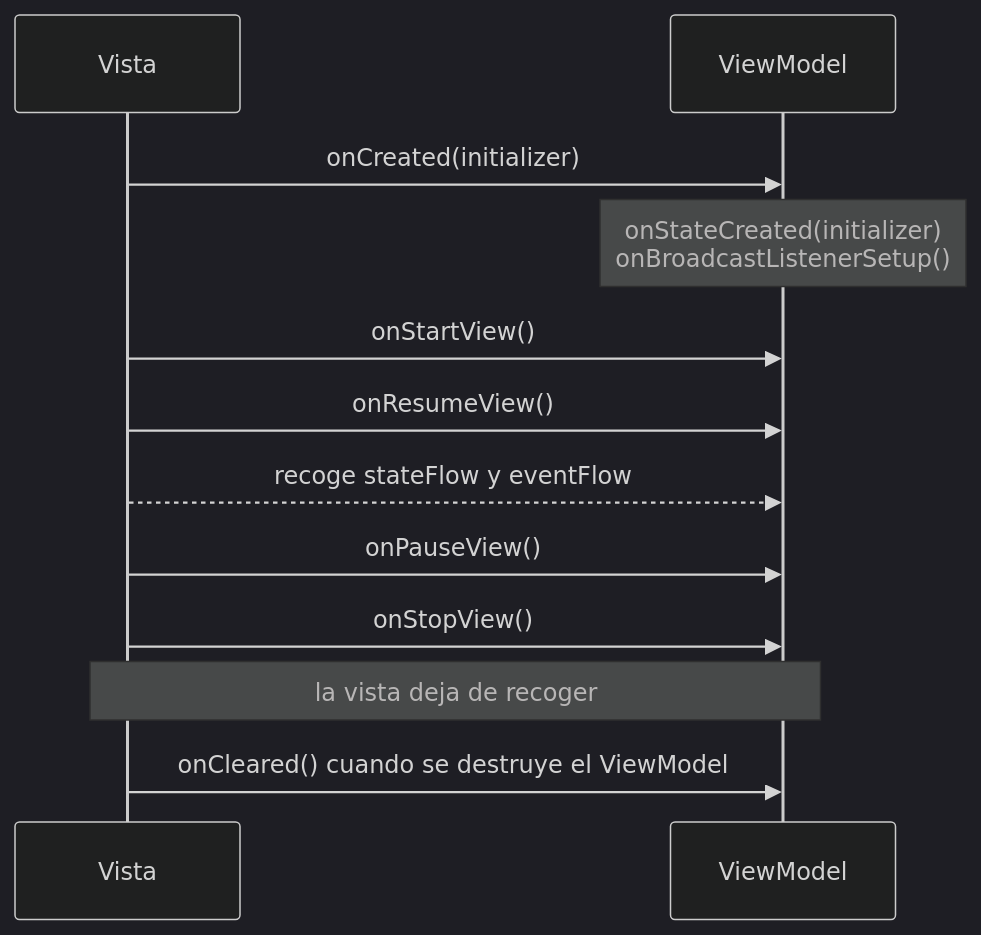
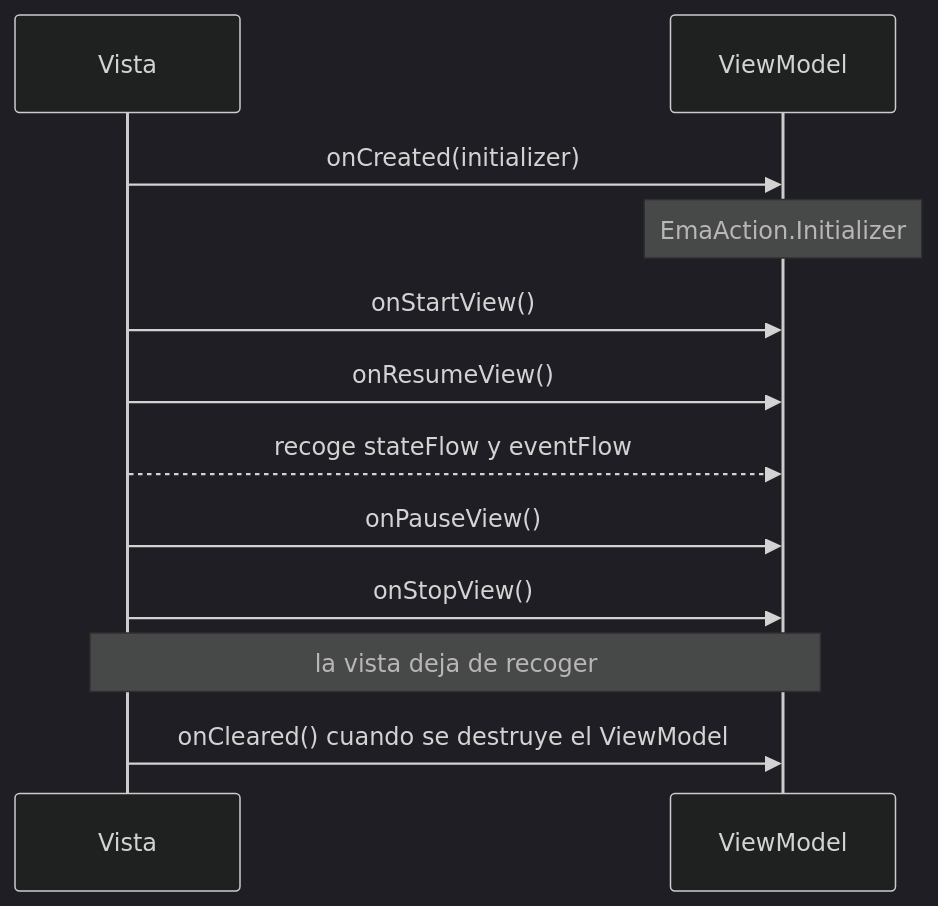
The second of 2 diagrams in docs/concepts/architecture.es.md (carmabs/Ema), drawn with Mermaid (dark theme) before and after one commit. The commit also changed other lines of this file and 28 other files, not shown here.

````diff
--- a/docs/concepts/architecture.es.md
+++ b/docs/concepts/architecture.es.md
@@ -62,14 +64,14 @@
 ```mermaid
 sequenceDiagram
     participant V as Vista
     participant VM as ViewModel
     V->>VM: onCreated(initializer)
-    Note over VM: onStateCreated(initializer)<br/>onBroadcastListenerSetup()
+    Note over VM: EmaAction.Initializer
     V->>VM: onStartView()
     V->>VM: onResumeView()
     V-->>VM: recoge stateFlow y eventFlow
     V->>VM: onPauseView()
     V->>VM: onStopView()
     Note over V,VM: la vista deja de recoger
     V->>VM: onCleared() cuando se destruye el ViewModel
 ```
````
